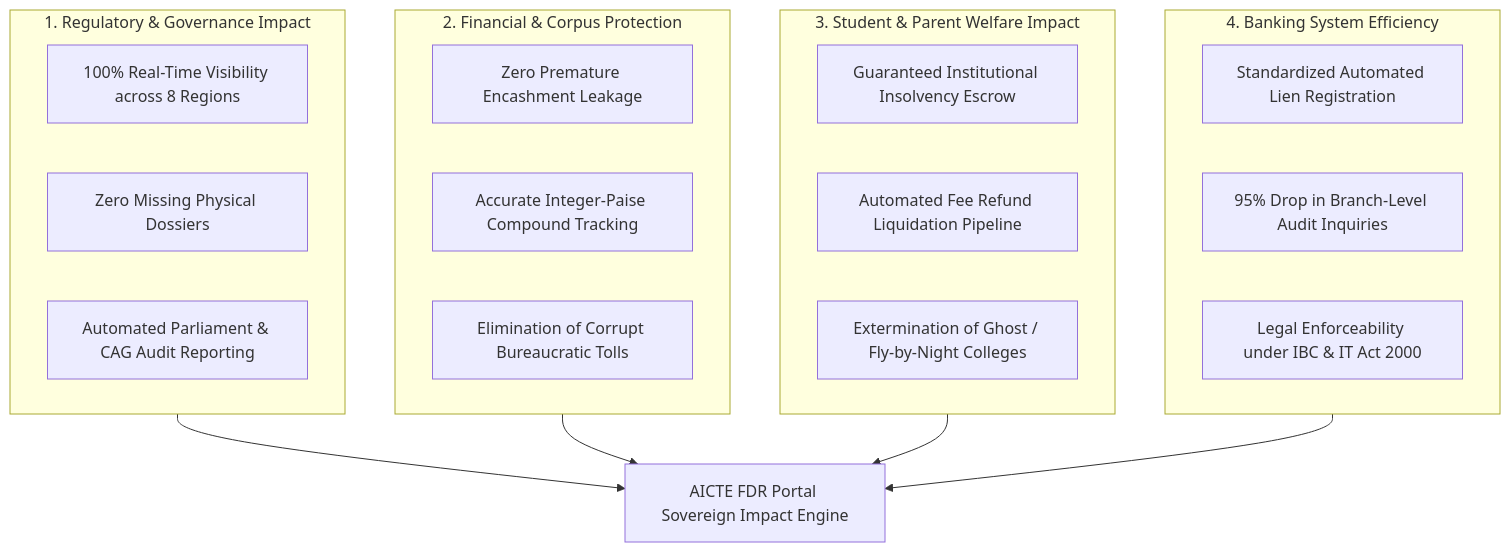
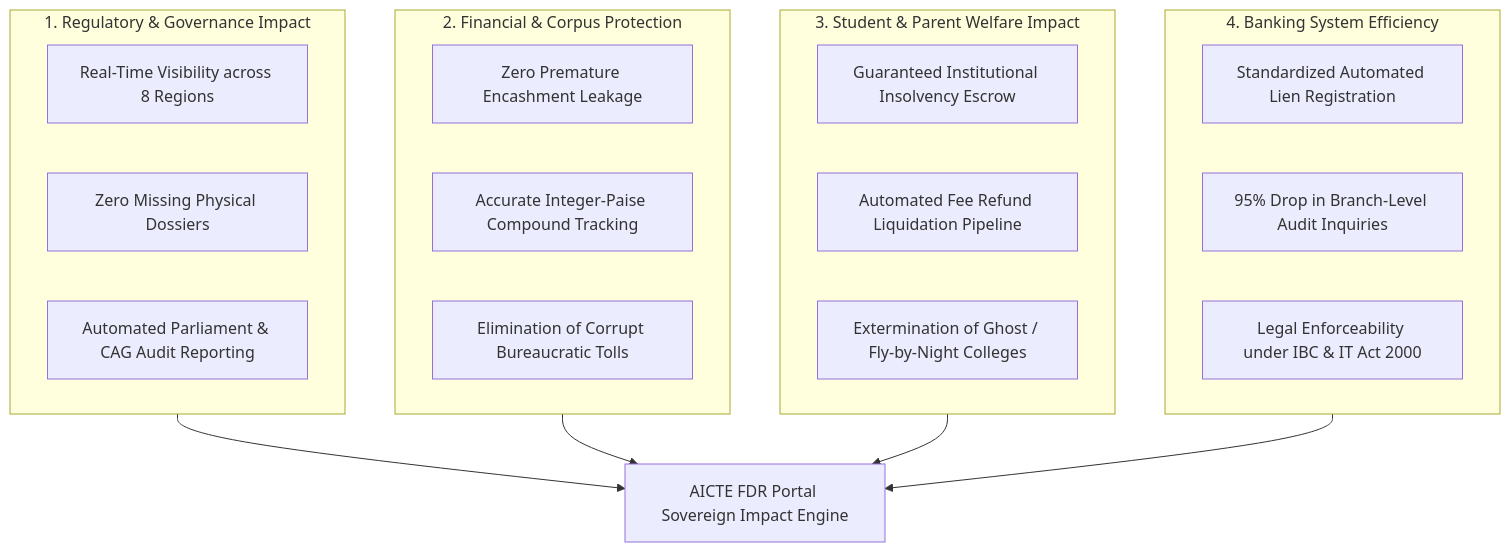
The first of 5 diagrams in docs/IMPACTS_IMPROVEMENTS_SECURITY_FRAUD_PREVENTION.md (Sidd2721/AICTE-), drawn with Mermaid before and after one commit. The commit also changed other lines of this file, not shown here.

Commit message:
phase1.3: claims lint clean across documentation

````diff
--- a/docs/IMPACTS_IMPROVEMENTS_SECURITY_FRAUD_PREVENTION.md
+++ b/docs/IMPACTS_IMPROVEMENTS_SECURITY_FRAUD_PREVENTION.md
@@ -26,31 +26,31 @@
 ```mermaid
 flowchart TD
     subgraph Regulatory ["1. Regulatory & Governance Impact"]
-        R1["100% Real-Time Visibility across 8 Regions"]
+        R1["Real-Time Visibility across 8 Regions"]
         R2["Zero Missing Physical Dossiers"]
         R3["Automated Parliament & CAG Audit Reporting"]
     end
 
     subgraph Financial ["2. Financial & Corpus Protection"]
         F1["Zero Premature Encashment Leakage"]
         F2["Accurate Integer-Paise Compound Tracking"]
         F3["Elimination of Corrupt Bureaucratic Tolls"]
     end
 
     subgraph StudentWelfare ["3. Student & Parent Welfare Impact"]
         S1["Guaranteed Institutional Insolvency Escrow"]
         S2["Automated Fee Refund Liquidation Pipeline"]
         S3["Extermination of Ghost / Fly-by-Night Colleges"]
     end
 
     subgraph Banking ["4. Banking System Efficiency"]
         B1["Standardized Automated Lien Registration"]
         B2["95% Drop in Branch-Level Audit Inquiries"]
         B3["Legal Enforceability under IBC & IT Act 2000"]
     end
 
     Regulatory --> ImpactCore["AICTE FDR Portal Sovereign Impact Engine"]
     Financial --> ImpactCore
     StudentWelfare --> ImpactCore
     Banking --> ImpactCore
 ```
````
